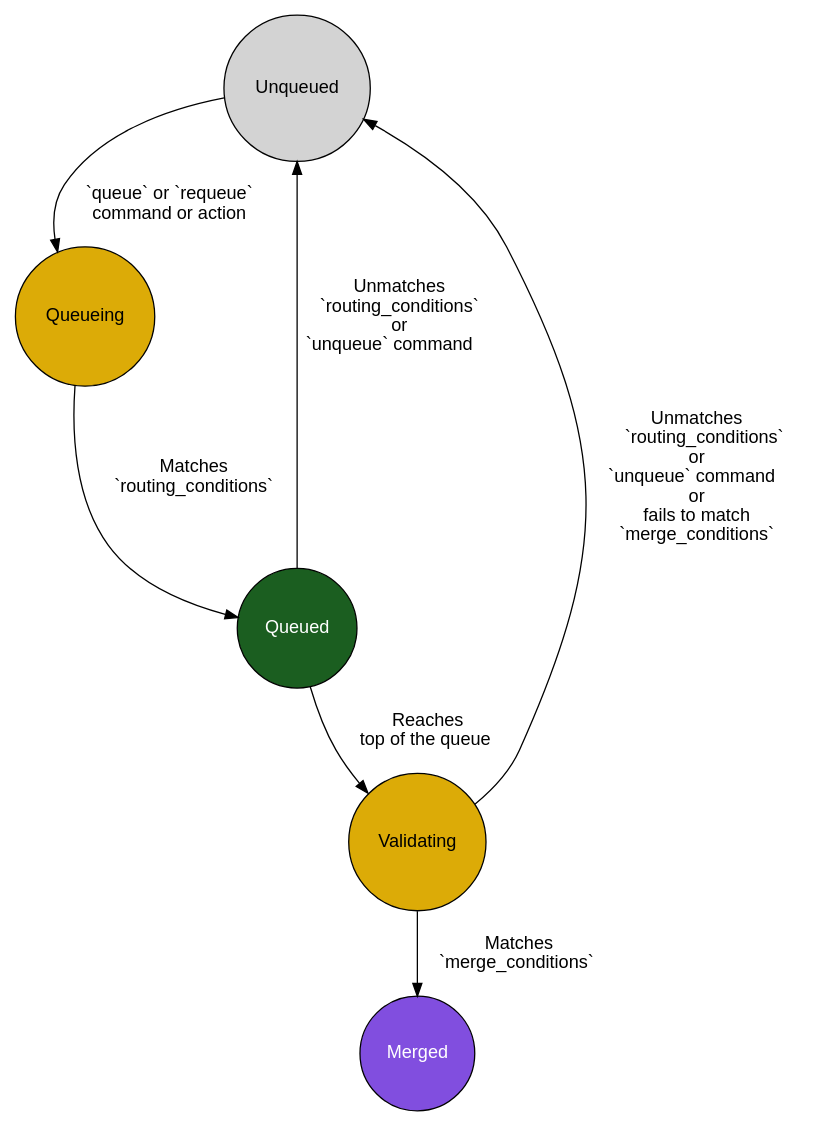
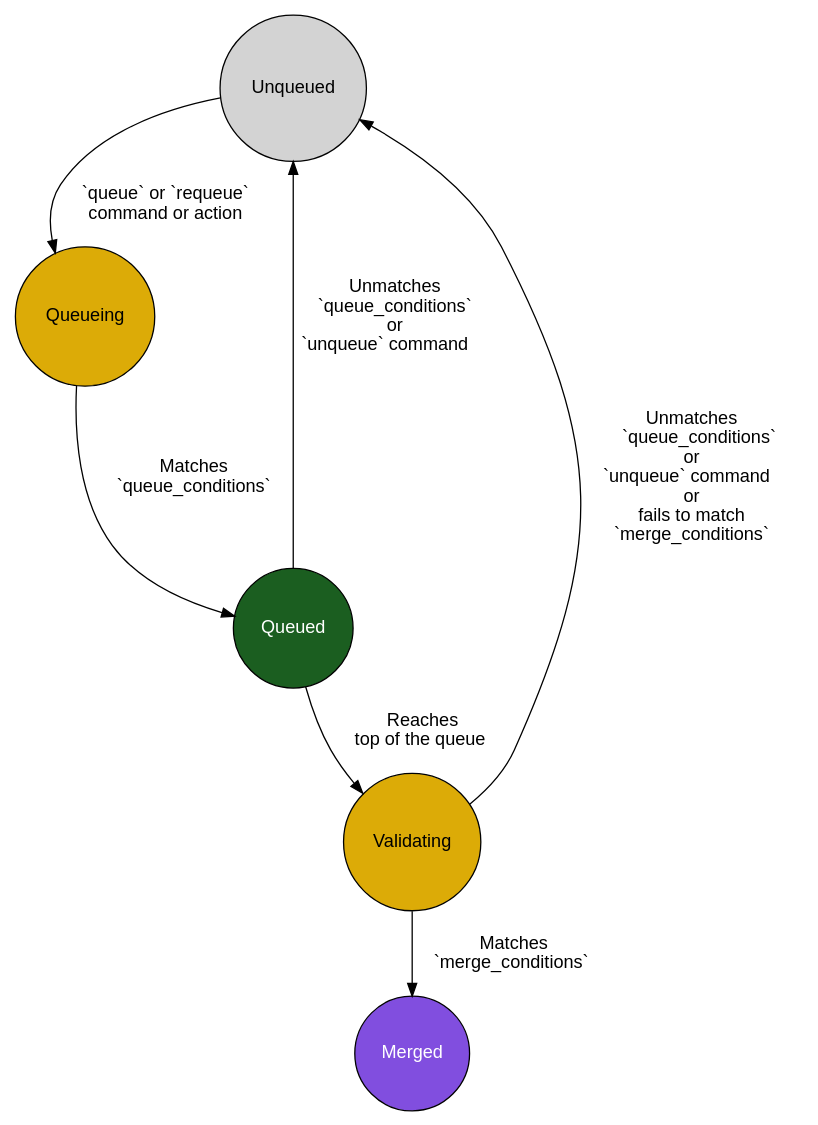
The diagram in src/content/merge-queue/lifecycle.mdx (thejcannon/docs), drawn with Graphviz before and after one commit. The commit also changed other lines of this file and 6 other files, not shown here.

First line of the commit message:
docs: rename routing_conditions to queue_conditions (#1568)

````diff
--- a/src/content/merge-queue/lifecycle.mdx
+++ b/src/content/merge-queue/lifecycle.mdx
@@ -57,21 +57,21 @@
 ```dot class="graph"
 strict digraph {
     fontname="sans-serif";
 
     node [style=filled, shape=circle, fontcolor="black", fontname="sans-serif";];
     edge [color="black", arrowhead=none, fontname="sans-serif", arrowhead=normal];
 
     Unqueued -> Queueing [label="    `queue` or `requeue`    \n    command or action    "];
-    Queueing -> Queued [label="Matches\n`routing_conditions`"];    
+    Queueing -> Queued [label="Matches\n`queue_conditions`"];
 
-    Queued -> Unqueued [label="Unmatches\n    `routing_conditions`   \nor\n `unqueue` command    "]
+    Queued -> Unqueued [label="Unmatches\n    `queue_conditions`   \nor\n `unqueue` command    "]
     Queued -> Validating [label="Reaches\n    top of the queue    "]
     Validating -> Merged [label="Matches\n    `merge_conditions`    "];
-    Validating -> Unqueued [label="Unmatches\n    `routing_conditions` \nor\n    `unqueue` command     \nor\nfails to match\n`merge_conditions`"];
+    Validating -> Unqueued [label="Unmatches\n    `queue_conditions` \nor\n    `unqueue` command     \nor\nfails to match\n`merge_conditions`"];
 
     Validating [fillcolor="#DCAB07"];
     Queueing [fillcolor="#DCAB07"];
     Queued [fillcolor="#1b5e20", fontcolor="white"]
     Merged [fillcolor="#814edf", fontcolor="white"];
 }
 ```
````
